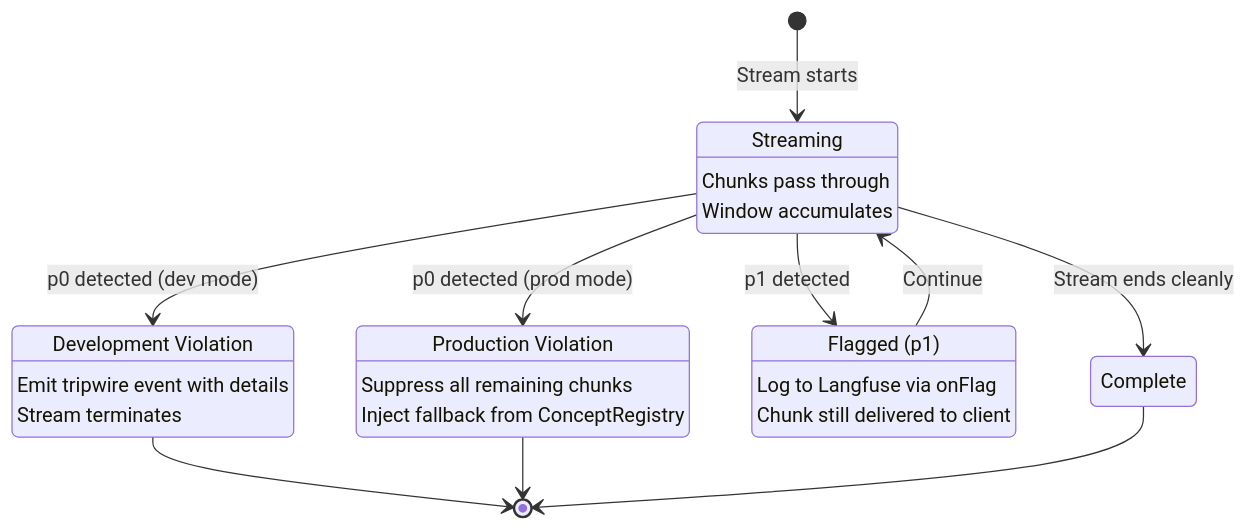
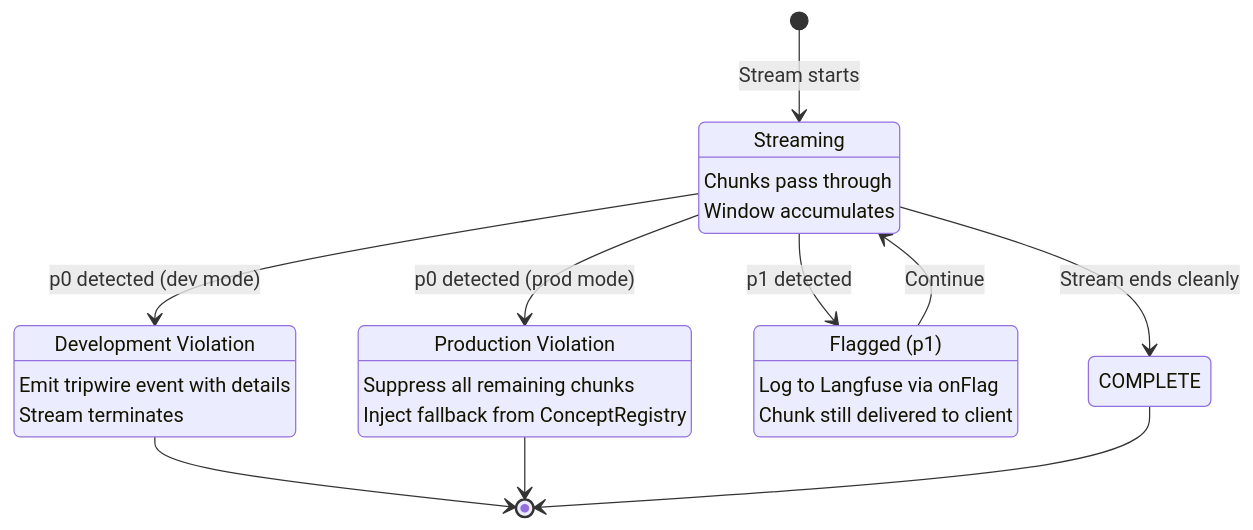
The sixth of 17 diagrams in plan/10-guardrails.md (1qh/safeagent), drawn with Mermaid before and after one commit. The commit also changed other lines of this file and 7 other files, not shown here.

Commit message:
plan: fix Mermaid node IDs to UPPER_SNAKE across all files

````diff
--- a/plan/10-guardrails.md
+++ b/plan/10-guardrails.md
@@ -246,31 +246,31 @@
 ```mermaid
 stateDiagram-v2
-    [*] --> Streaming: Stream starts
+    [*] --> STREAMING: Stream starts
 
-    Streaming: Streaming
-    Streaming: Chunks pass through
-    Streaming: Window accumulates
+    STREAMING: Streaming
+    STREAMING: Chunks pass through
+    STREAMING: Window accumulates
 
-    Streaming --> ViolationDev: p0 detected (dev mode)
-    Streaming --> ViolationProd: p0 detected (prod mode)
-    Streaming --> Flagged: p1 detected
-    Streaming --> Complete: Stream ends cleanly
+    STREAMING --> VIOLATION_DEV: p0 detected (dev mode)
+    STREAMING --> VIOLATION_PROD: p0 detected (prod mode)
+    STREAMING --> FLAGGED: p1 detected
+    STREAMING --> COMPLETE: Stream ends cleanly
 
-    ViolationDev: Development Violation
-    ViolationDev: Emit tripwire event with details
-    ViolationDev: Stream terminates
+    VIOLATION_DEV: Development Violation
+    VIOLATION_DEV: Emit tripwire event with details
+    VIOLATION_DEV: Stream terminates
 
-    ViolationProd: Production Violation
-    ViolationProd: Suppress all remaining chunks
-    ViolationProd: Inject fallback from ConceptRegistry
+    VIOLATION_PROD: Production Violation
+    VIOLATION_PROD: Suppress all remaining chunks
+    VIOLATION_PROD: Inject fallback from ConceptRegistry
 
-    Flagged: Flagged (p1)
-    Flagged: Log to Langfuse via onFlag
-    Flagged: Chunk still delivered to client
+    FLAGGED: Flagged (p1)
+    FLAGGED: Log to Langfuse via onFlag
+    FLAGGED: Chunk still delivered to client
 
-    Flagged --> Streaming: Continue
+    FLAGGED --> STREAMING: Continue
 
-    ViolationDev --> [*]
-    ViolationProd --> [*]
-    Complete --> [*]
+    VIOLATION_DEV --> [*]
+    VIOLATION_PROD --> [*]
+    COMPLETE --> [*]
 ```
````
